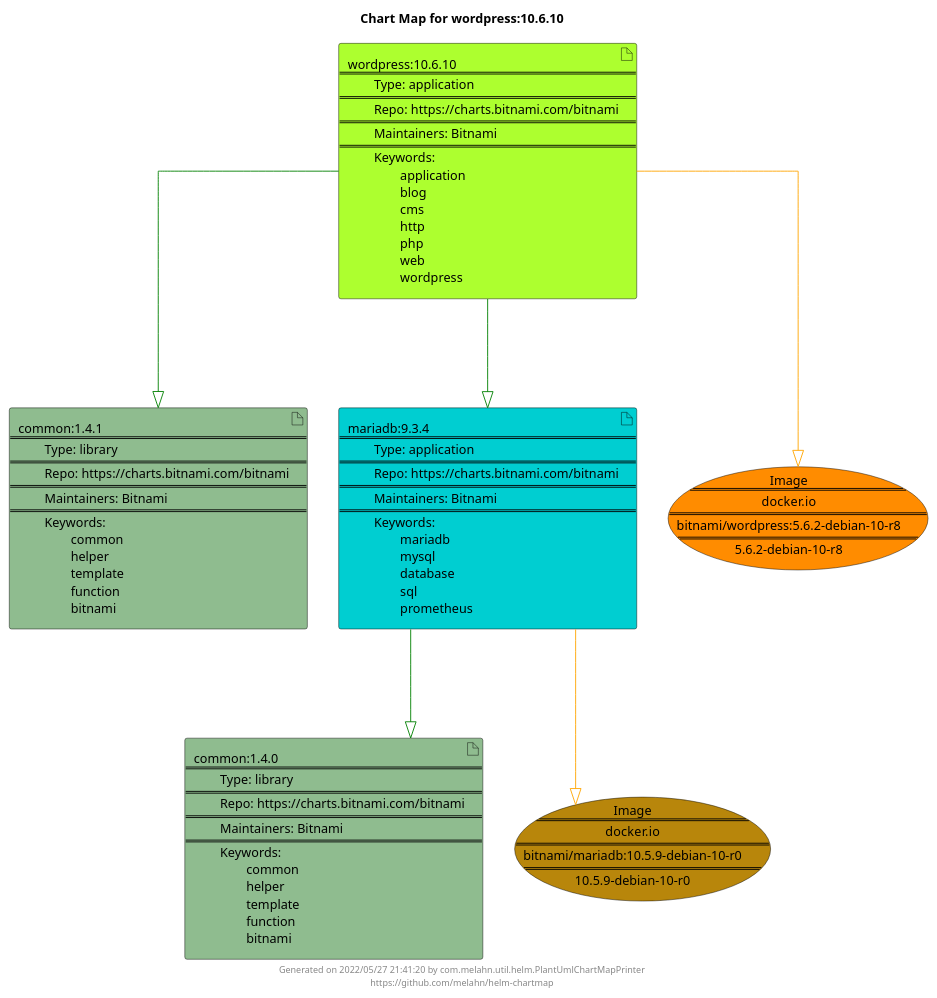
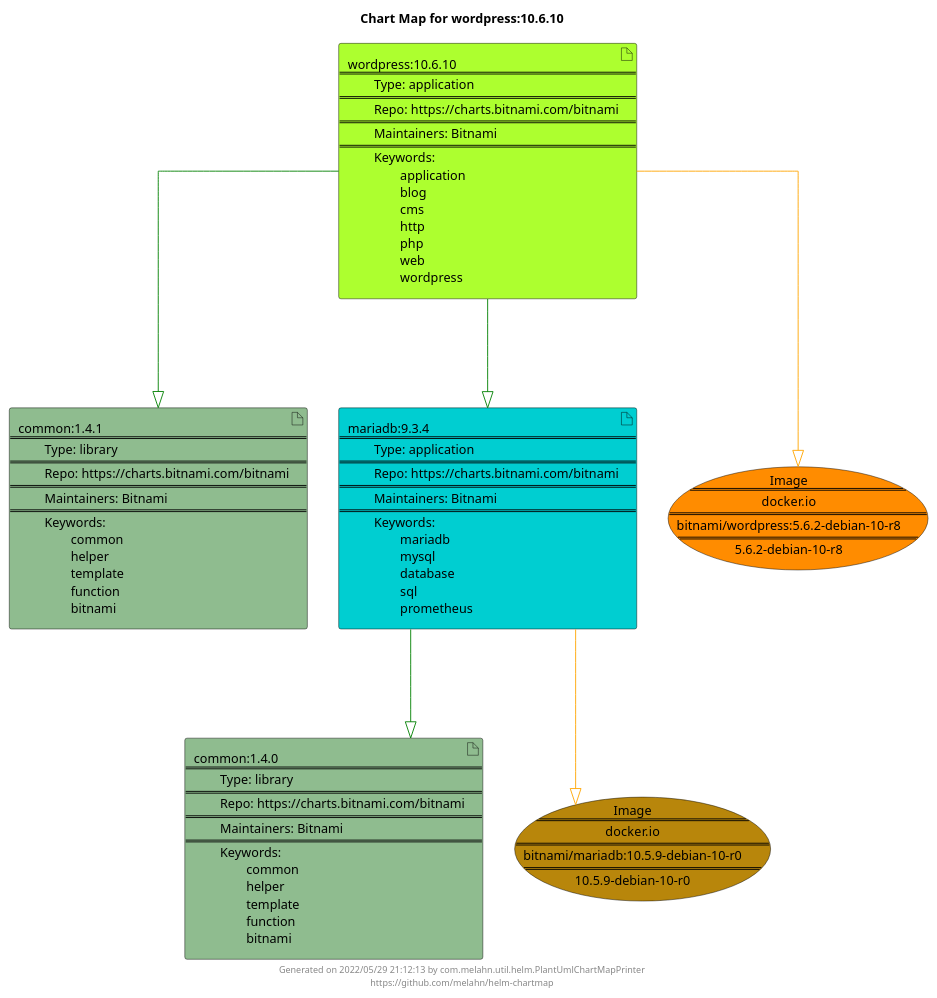
The diagram in docs/wordpress/wordpress-10.6.10.puml (melahn/helm-chartmap), drawn with PlantUML before and after one commit. The commit also changed 63 other files, not shown here.

Commit message:
Update Example Chart Maps as part of GitHub build

```diff
--- a/docs/wordpress/wordpress-10.6.10.puml
+++ b/docs/wordpress/wordpress-10.6.10.puml
@@ -1,29 +1,29 @@
 @startuml
 skinparam linetype ortho
 skinparam backgroundColor white
 skinparam usecaseBorderColor black
 skinparam usecaseArrowColor LightSlateGray
 skinparam artifactBorderColor black
 skinparam artifactArrowColor LightSlateGray
 
 title Chart Map for wordpress:10.6.10
 
 'There are 4 referenced Helm Charts
 artifact "common:1.4.1\n====\n\tType: library\n====\n\tRepo: https://charts.bitnami.com/bitnami\n====\n\tMaintainers: Bitnami\n====\n\tKeywords: \n\t\tcommon\n\t\thelper\n\t\ttemplate\n\t\tfunction\n\t\tbitnami" as common_1_4_1 #DarkSeaGreen
 artifact "mariadb:9.3.4\n====\n\tType: application\n====\n\tRepo: https://charts.bitnami.com/bitnami\n====\n\tMaintainers: Bitnami\n====\n\tKeywords: \n\t\tmariadb\n\t\tmysql\n\t\tdatabase\n\t\tsql\n\t\tprometheus" as mariadb_9_3_4 #DarkTurquoise
 artifact "common:1.4.0\n====\n\tType: library\n====\n\tRepo: https://charts.bitnami.com/bitnami\n====\n\tMaintainers: Bitnami\n====\n\tKeywords: \n\t\tcommon\n\t\thelper\n\t\ttemplate\n\t\tfunction\n\t\tbitnami" as common_1_4_0 #DarkSeaGreen
 artifact "wordpress:10.6.10\n====\n\tType: application\n====\n\tRepo: https://charts.bitnami.com/bitnami\n====\n\tMaintainers: Bitnami\n====\n\tKeywords: \n\t\tapplication\n\t\tblog\n\t\tcms\n\t\thttp\n\t\tphp\n\t\tweb\n\t\twordpress" as wordpress_10_6_10 #GreenYellow
 
 'There are 2 referenced Docker Images
 usecase "Image\n====\ndocker.io\n====\nbitnami/wordpress:5.6.2-debian-10-r8\n====\n5.6.2-debian-10-r8" as docker_io_bitnami_wordpress_5_6_2_debian_10_r8 #Darkorange
 usecase "Image\n====\ndocker.io\n====\nbitnami/mariadb:10.5.9-debian-10-r0\n====\n10.5.9-debian-10-r0" as docker_io_bitnami_mariadb_10_5_9_debian_10_r0 #DarkGoldenRod
 
 'Chart Dependencies
 wordpress_10_6_10--[#green]-|>common_1_4_1
 wordpress_10_6_10--[#green]-|>mariadb_9_3_4
 mariadb_9_3_4--[#green]-|>common_1_4_0
 mariadb_9_3_4--[#orange]-|>docker_io_bitnami_mariadb_10_5_9_debian_10_r0
 wordpress_10_6_10--[#orange]-|>docker_io_bitnami_wordpress_5_6_2_debian_10_r8
 
-center footer Generated on 2022/05/27 21:41:20 by com.melahn.util.helm.PlantUmlChartMapPrinter\nhttps://github.com/melahn/helm-chartmap
+center footer Generated on 2022/05/29 21:12:13 by com.melahn.util.helm.PlantUmlChartMapPrinter\nhttps://github.com/melahn/helm-chartmap
 @enduml
```
